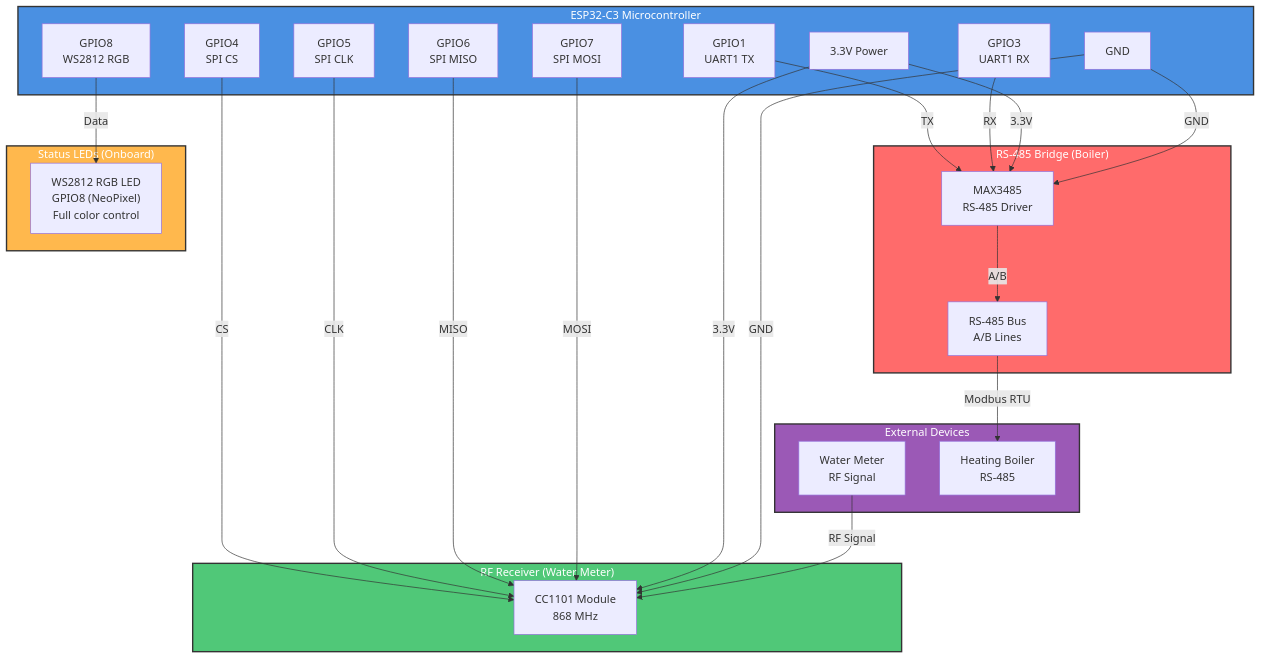
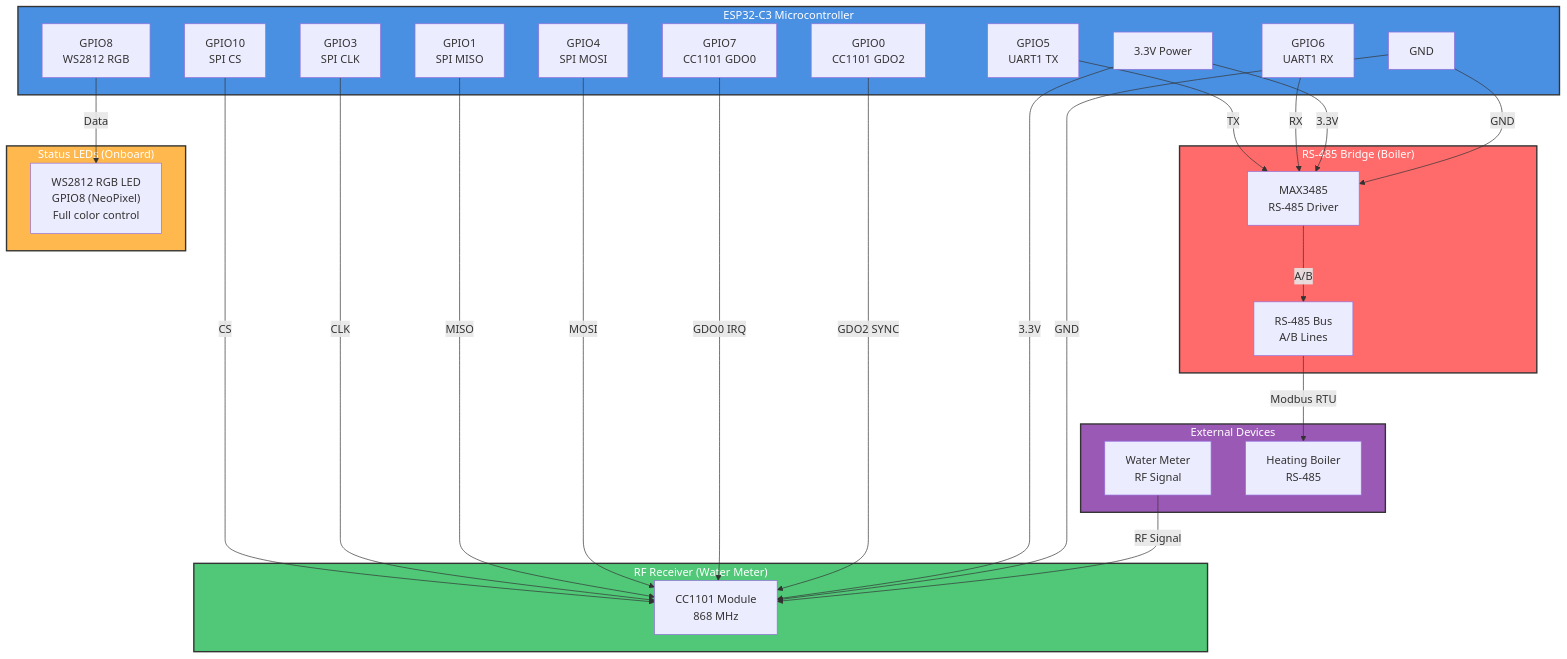
The diagram in hardware-config.md (krzysiekbielicki/water-meter-and-boiler-device), drawn with Mermaid before and after one commit. The commit also changed other lines of this file and 1 other file, not shown here.

````diff
--- a/hardware-config.md
+++ b/hardware-config.md
@@ -227,58 +219,62 @@
 ```mermaid
 graph TB
     subgraph ESP["ESP32-C3 Microcontroller"]
-        GPIO1["GPIO1<br/>UART1 TX"]
-        GPIO3["GPIO3<br/>UART1 RX"]
-        GPIO4["GPIO4<br/>SPI CS"]
-        GPIO5["GPIO5<br/>SPI CLK"]
-        GPIO6["GPIO6<br/>SPI MISO"]
-        GPIO7["GPIO7<br/>SPI MOSI"]
+        GPIO0["GPIO0<br/>CC1101 GDO2"]
+        GPIO1["GPIO1<br/>SPI MISO"]
+        GPIO3["GPIO3<br/>SPI CLK"]
+        GPIO4["GPIO4<br/>SPI MOSI"]
+        GPIO5["GPIO5<br/>UART1 TX"]
+        GPIO6["GPIO6<br/>UART1 RX"]
+        GPIO7["GPIO7<br/>CC1101 GDO0"]
         GPIO8["GPIO8<br/>WS2812 RGB"]
+        GPIO10["GPIO10<br/>SPI CS"]
         PWR3V3["3.3V Power"]
         GND["GND"]
     end
     
     subgraph RF["RF Receiver (Water Meter)"]
         CC1101["CC1101 Module<br/>868 MHz"]
     end
     
     subgraph RS["RS-485 Bridge (Boiler)"]
         MAX3485["MAX3485<br/>RS-485 Driver"]
         RS485BUS["RS-485 Bus<br/>A/B Lines"]
     end
     
     subgraph IO["Status LEDs (Onboard)"]
         LED["WS2812 RGB LED<br/>GPIO8 (NeoPixel)<br/>Full color control"]
     end
     
     subgraph EXT["External Devices"]
         METER["Water Meter<br/>RF Signal"]
         BOILER["Heating Boiler<br/>RS-485"]
     end
     
     %% RF Connections
-    GPIO4 -->|CS| CC1101
-    GPIO5 -->|CLK| CC1101
-    GPIO6 -->|MISO| CC1101
-    GPIO7 -->|MOSI| CC1101
+    GPIO10 -->|CS| CC1101
+    GPIO3 -->|CLK| CC1101
+    GPIO1 -->|MISO| CC1101
+    GPIO4 -->|MOSI| CC1101
+    GPIO7 -->|GDO0 IRQ| CC1101
+    GPIO0 -->|GDO2 SYNC| CC1101
     PWR3V3 -->|3.3V| CC1101
     GND -->|GND| CC1101
     METER -->|RF Signal| CC1101
     
     %% RS-485 Connections
-    GPIO1 -->|TX| MAX3485
-    GPIO3 -->|RX| MAX3485
+    GPIO5 -->|TX| MAX3485
+    GPIO6 -->|RX| MAX3485
     PWR3V3 -->|3.3V| MAX3485
     GND -->|GND| MAX3485
     MAX3485 -->|A/B| RS485BUS
     RS485BUS -->|Modbus RTU| BOILER
     
     %% I/O Connections
     GPIO8 -->|Data| LED
     
     style ESP fill:#4A90E2,stroke:#333,stroke-width:2px,color:#fff
     style RF fill:#50C878,stroke:#333,stroke-width:2px,color:#fff
     style RS fill:#FF6B6B,stroke:#333,stroke-width:2px,color:#fff
     style IO fill:#FFB84D,stroke:#333,stroke-width:2px,color:#fff
     style EXT fill:#9B59B6,stroke:#333,stroke-width:2px,color:#fff
 ```
````
